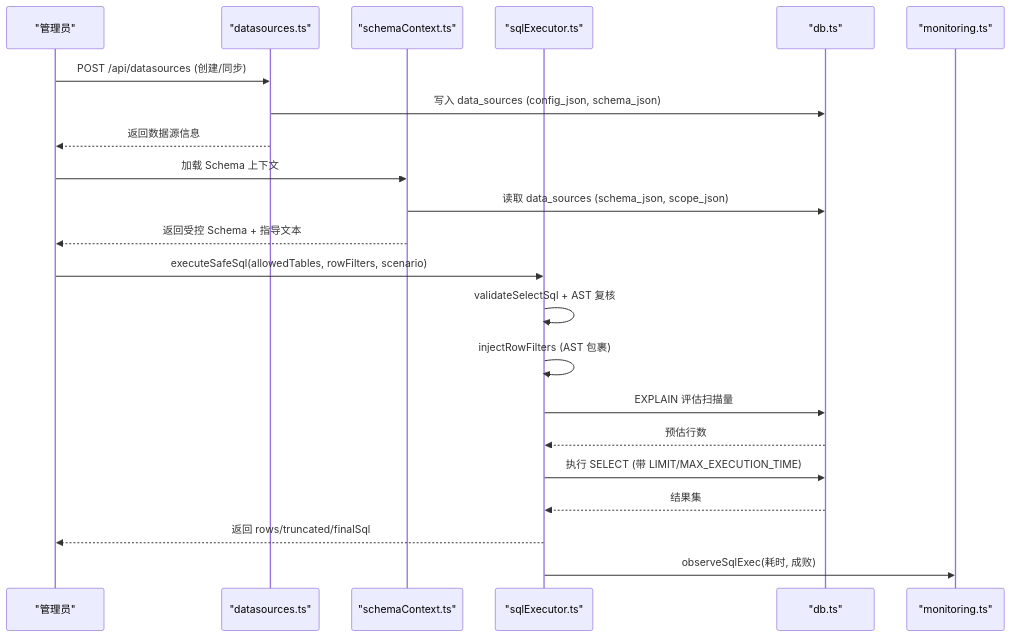
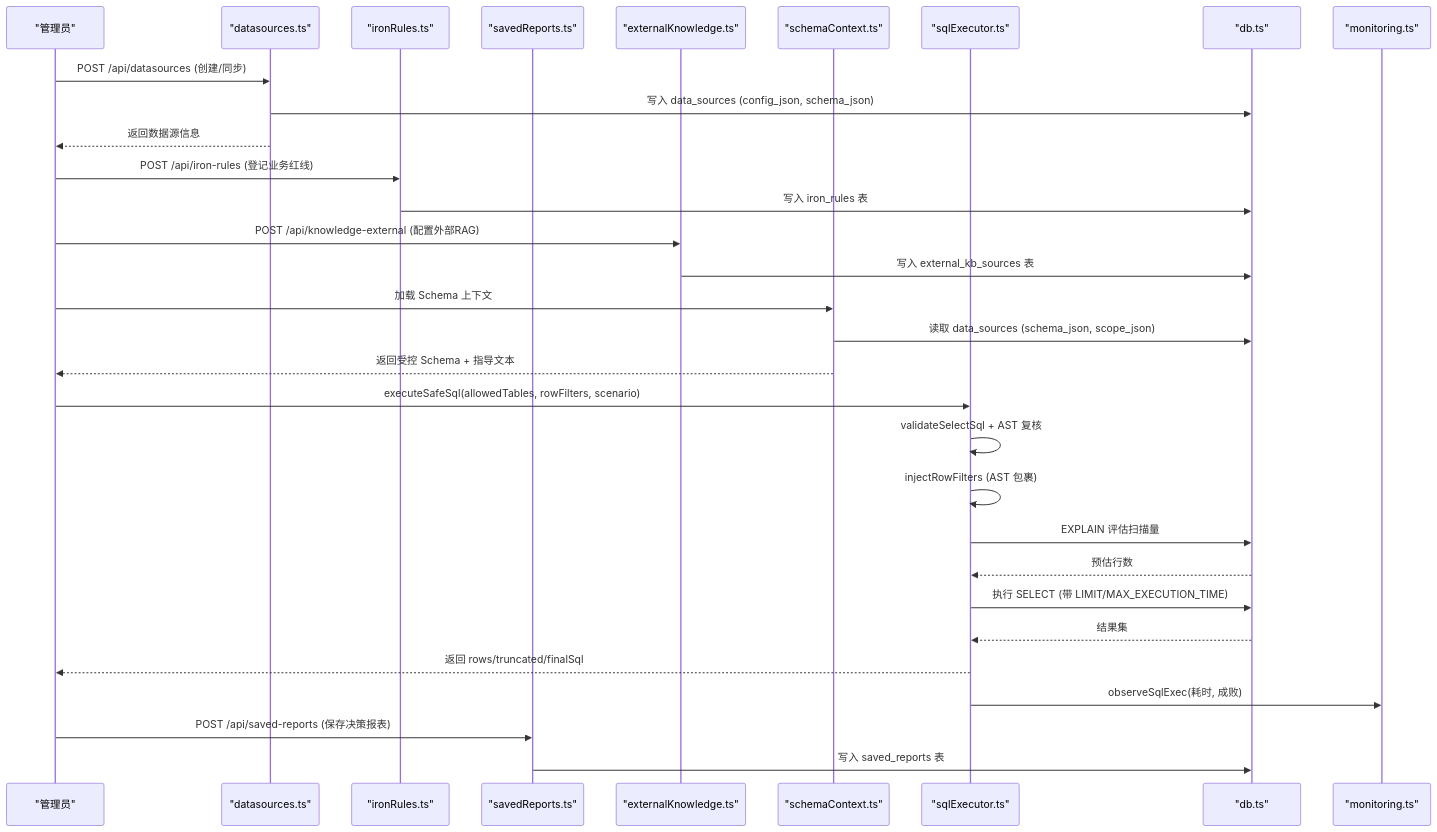
One commit to dgjin/smart-data-analytics changed the second of 6 diagrams in .qoder/repowiki/zh/content/数据源管理/数据源管理.md. Above: the diagram before and after it, drawn with Mermaid. The commit also changed other lines of this file and 100 other files, not shown here.

````diff
--- a/.qoder/repowiki/zh/content/数据源管理/数据源管理.md
+++ b/.qoder/repowiki/zh/content/数据源管理/数据源管理.md
@@ -91,24 +116,33 @@
 ```mermaid
 sequenceDiagram
 participant Admin as "管理员"
 participant DS as "datasources.ts"
+participant IR as "ironRules.ts"
+participant SR as "savedReports.ts"
+participant EK as "externalKnowledge.ts"
 participant SC as "schemaContext.ts"
 participant SE as "sqlExecutor.ts"
 participant DB as "db.ts"
 participant MON as "monitoring.ts"
 Admin->>DS : POST /api/datasources (创建/同步)
 DS->>DB : 写入 data_sources (config_json, schema_json)
 DS-->>Admin : 返回数据源信息
+Admin->>IR : POST /api/iron-rules (登记业务红线)
+IR->>DB : 写入 iron_rules 表
+Admin->>EK : POST /api/knowledge-external (配置外部RAG)
+EK->>DB : 写入 external_kb_sources 表
 Admin->>SC : 加载 Schema 上下文
 SC->>DB : 读取 data_sources (schema_json, scope_json)
 SC-->>Admin : 返回受控 Schema + 指导文本
 Admin->>SE : executeSafeSql(allowedTables, rowFilters, scenario)
 SE->>SE : validateSelectSql + AST 复核
 SE->>SE : injectRowFilters (AST 包裹)
 SE->>DB : EXPLAIN 评估扫描量
 DB-->>SE : 预估行数
 SE->>DB : 执行 SELECT (带 LIMIT/MAX_EXECUTION_TIME)
 DB-->>SE : 结果集
 SE-->>Admin : 返回 rows/truncated/finalSql
 SE->>MON : observeSqlExec(耗时, 成败)
+Admin->>SR : POST /api/saved-reports (保存决策报表)
+SR->>DB : 写入 saved_reports 表
 ```
````
